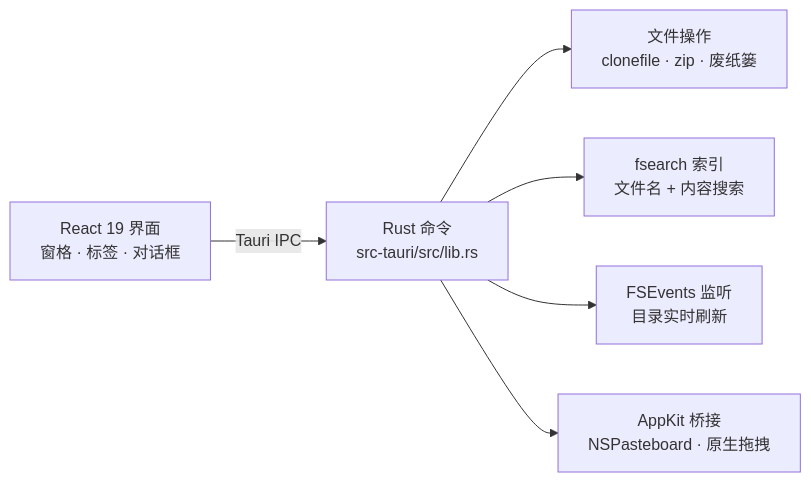
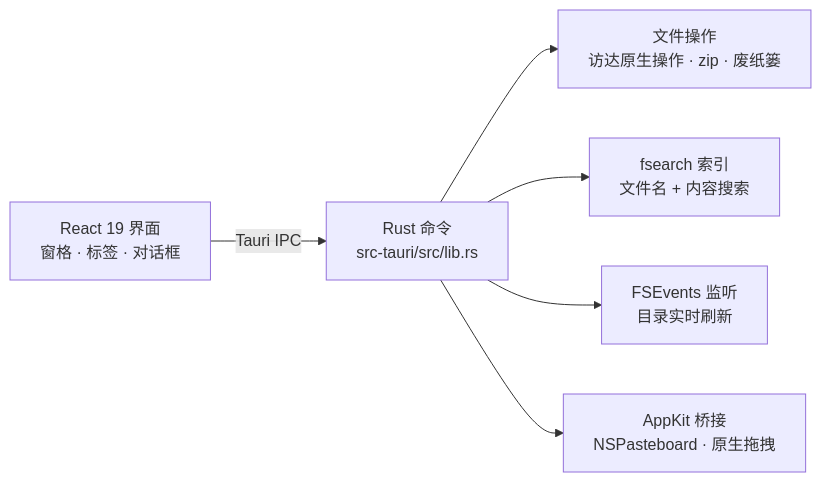
One commit to banduoba/bento changed the diagram in README.zh-CN.md. Above: the diagram before and after it, drawn with Mermaid. The commit also changed other lines of this file and 6 other files, not shown here.

````diff
--- a/README.zh-CN.md
+++ b/README.zh-CN.md
@@ -155,8 +157,8 @@
 ```mermaid
 flowchart LR
     UI["React 19 界面<br/>窗格 · 标签 · 对话框"] -- "Tauri IPC" --> CMD["Rust 命令<br/>src-tauri/src/lib.rs"]
-    CMD --> FS["文件操作<br/>clonefile · zip · 废纸篓"]
+    CMD --> FS["文件操作<br/>访达原生操作 · zip · 废纸篓"]
     CMD --> IDX["fsearch 索引<br/>文件名 + 内容搜索"]
     CMD --> WATCH["FSEvents 监听<br/>目录实时刷新"]
     CMD --> MAC["AppKit 桥接<br/>NSPasteboard · 原生拖拽"]
 ```
````
